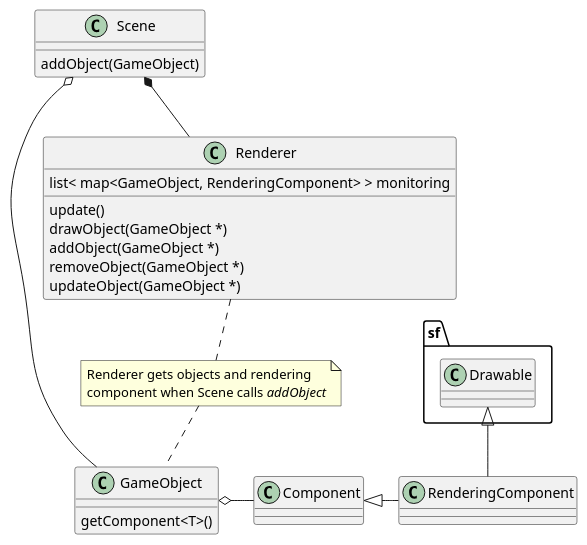
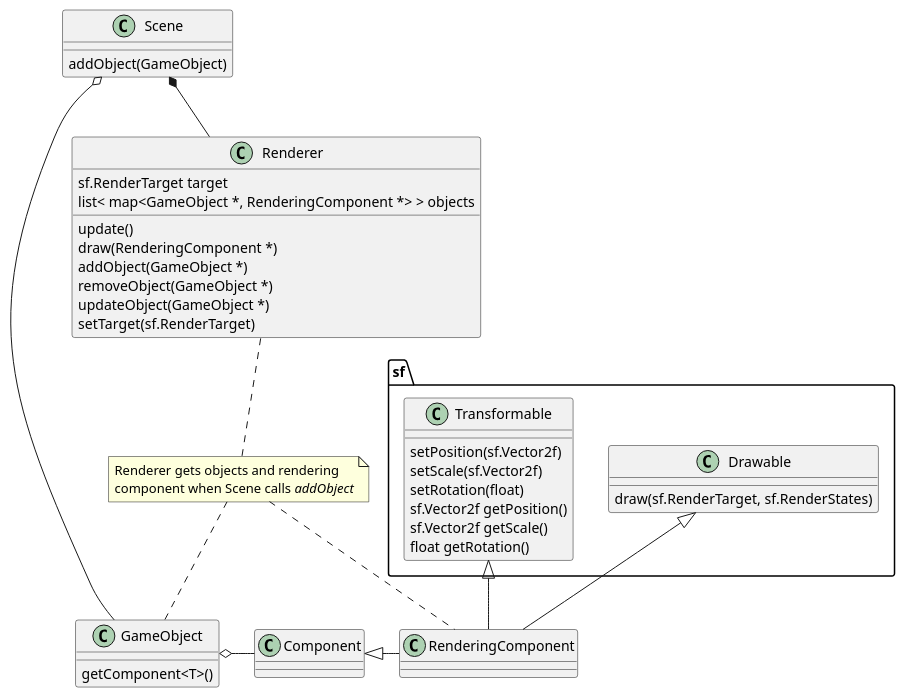
One commit to Pixotters/FROG changed the diagram in docs/diagrams/rendering_class.pu. Above: the diagram before and after it, drawn with PlantUML. The commit also changed 1 other file, not shown here.

Commit message:
updated diagrams

```diff
--- a/docs/diagrams/rendering_class.pu
+++ b/docs/diagrams/rendering_class.pu
@@ -1,40 +1,56 @@
 @startuml
 
 class GameObject{
     getComponent<T>()
 }
 
 class Renderer{
-    list< map<GameObject, RenderingComponent> > monitoring
+    sf.RenderTarget target
+    list< map<GameObject *, RenderingComponent *> > objects
     update()
-    drawObject(GameObject *)
+    draw(RenderingComponent *)
     addObject(GameObject *)
     removeObject(GameObject *)
     updateObject(GameObject *)
+    setTarget(sf.RenderTarget)
 }
 
 class Scene{
     addObject(GameObject)
 }
 
 class Component
 
 class RenderingComponent
 
+class sf.Drawable{
+    draw(sf.RenderTarget, sf.RenderStates)
+}
+
+class sf.Transformable{
+setPosition(sf.Vector2f)
+setScale(sf.Vector2f)
+setRotation(float)
+sf.Vector2f getPosition()
+sf.Vector2f getScale()
+float getRotation()
+}
+
 RenderingComponent -left-|> Component
 
 GameObject o-right- Component
 
 note "Renderer gets objects and rendering \ncomponent when Scene calls <i>addObject</i>" as link
 
 Renderer .. link
+link .. GameObject
+link .. RenderingComponent
 
-link .. GameObject
-
+RenderingComponent -up-|> sf.Transformable
 RenderingComponent -up-|> sf.Drawable
 
 Scene o-- GameObject
 
 Scene *-- Renderer 
 
 @enduml
```
